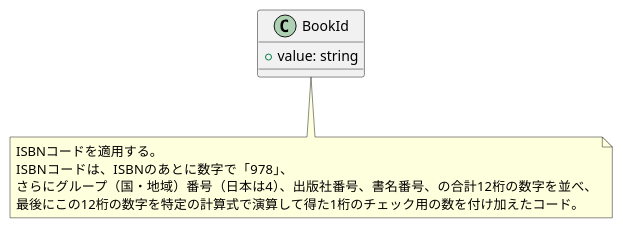
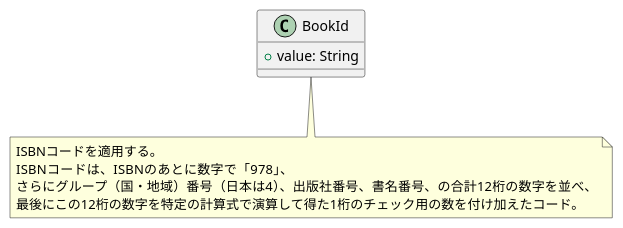
Before and after one commit to paper2/ddd-hands-on-kotlin: the diagram in src/main/kotlin/stock_management/domain/models/book/book_id/BookId.puml, drawn with PlantUML. The commit also changed 11 other files, not shown here.

```diff
--- a/src/main/kotlin/stock_management/domain/models/book/book_id/BookId.puml
+++ b/src/main/kotlin/stock_management/domain/models/book/book_id/BookId.puml
@@ -1,14 +1,14 @@
 @startuml BookId
 
 class "BookId" as BookId {
-    + value: string
+    + value: String
 }
 
 note bottom of BookId
     ISBNコードを適用する。
     ISBNコードは、ISBNのあとに数字で「978」、
     さらにグループ（国・地域）番号（日本は4）、出版社番号、書名番号、の合計12桁の数字を並べ、
     最後にこの12桁の数字を特定の計算式で演算して得た1桁のチェック用の数を付け加えたコード。
 end note
 
 @enduml
```
